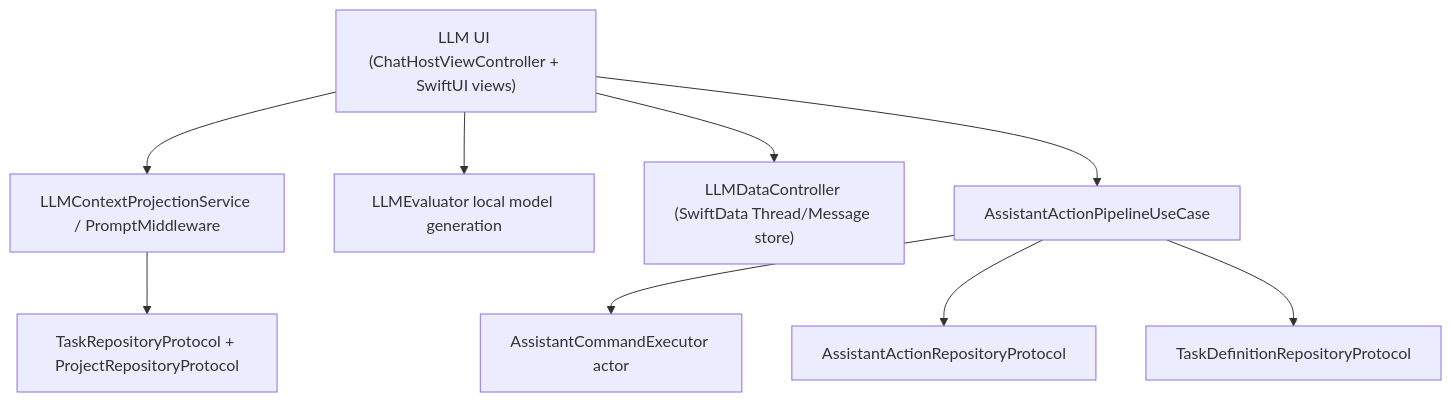
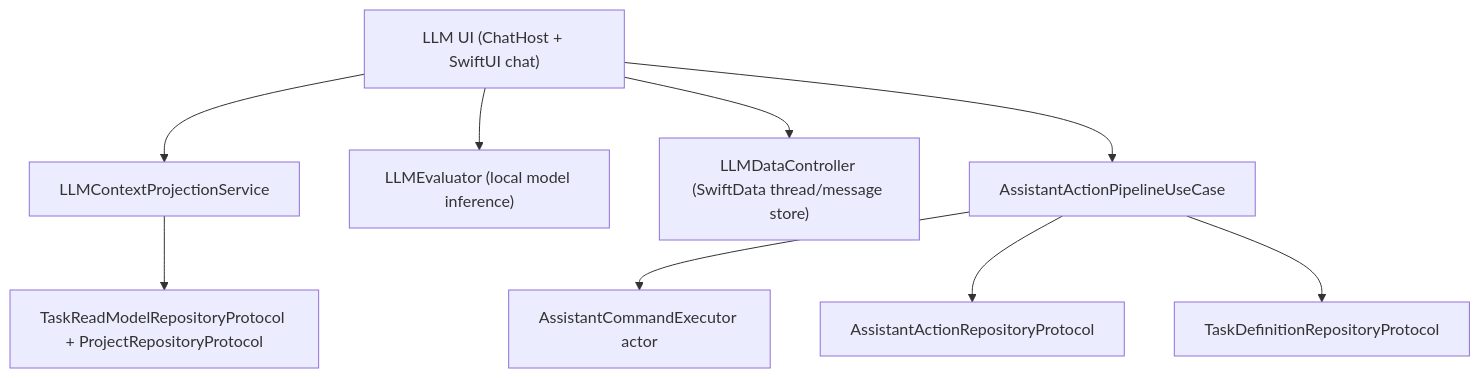
The diagram in docs/architecture/llm-assistant-stack-v2.md (Saransh-Sharma/Tasker), drawn with Mermaid before and after one commit. The commit also changed other lines of this file and 10 other files, not shown here.

Commit message:
docs: update architecture documentation for V3

````diff
--- a/docs/architecture/llm-assistant-stack-v2.md
+++ b/docs/architecture/llm-assistant-stack-v2.md
@@ -21,12 +22,12 @@
 ```mermaid
 flowchart TD
-    UI["LLM UI (ChatHostViewController + SwiftUI views)"] --> LLMCTX["LLMContextProjectionService / PromptMiddleware"]
-    LLMCTX --> LEGACY["TaskRepositoryProtocol + ProjectRepositoryProtocol"]
-    UI --> EVAL["LLMEvaluator local model generation"]
-    UI --> STORE["LLMDataController (SwiftData Thread/Message store)"]
+    UI["LLM UI (ChatHost + SwiftUI chat)"] --> CCTX["LLMContextProjectionService"]
+    CCTX --> READ["TaskReadModelRepositoryProtocol + ProjectRepositoryProtocol"]
+    UI --> EVAL["LLMEvaluator (local model inference)"]
+    UI --> STORE["LLMDataController (SwiftData thread/message store)"]
 
-    UI --> AUC["AssistantActionPipelineUseCase"]
-    AUC --> AEXEC["AssistantCommandExecutor actor"]
-    AUC --> ARUN["AssistantActionRepositoryProtocol"]
-    AUC --> TDEF["TaskDefinitionRepositoryProtocol"]
+    UI --> PIPE["AssistantActionPipelineUseCase"]
+    PIPE --> EXEC["AssistantCommandExecutor actor"]
+    PIPE --> AR["AssistantActionRepositoryProtocol"]
+    PIPE --> TR["TaskDefinitionRepositoryProtocol"]
 ```
````
